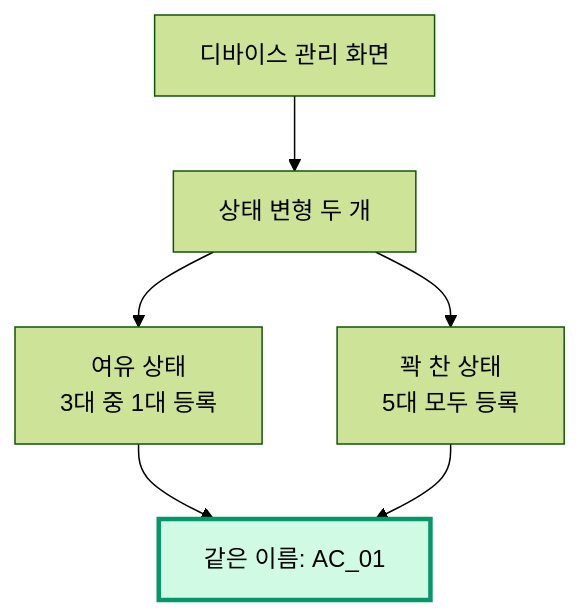
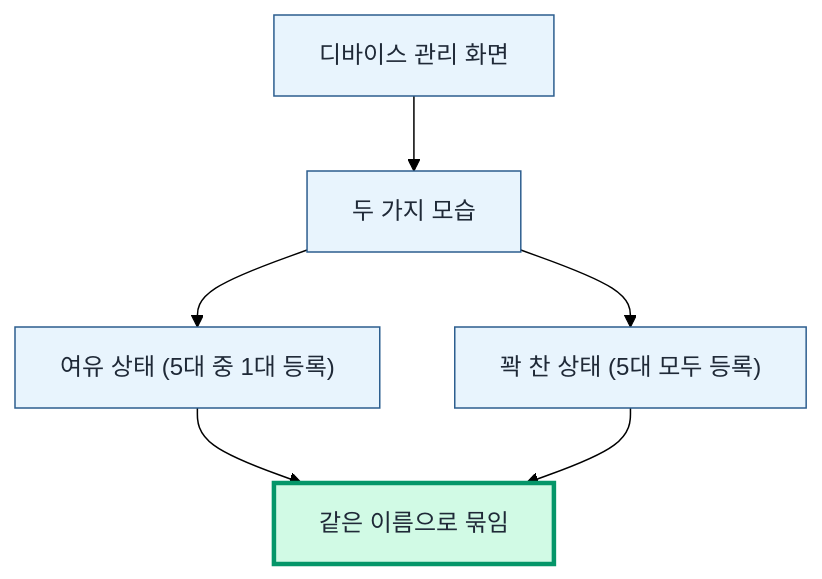
The second of 7 diagrams in content/diary/c/1.md (linisia/eric-company), drawn with Mermaid (forest theme) before and after one commit. The commit also changed other lines of this file and 1 other file, not shown here.

````diff
--- a/content/diary/c/1.md
+++ b/content/diary/c/1.md
@@ -56,9 +56,13 @@
 ```mermaid
 flowchart TD
-    A[디바이스 관리 화면] --> B[상태 변형 두 개]
-    B --> C[여유 상태<br/>3대 중 1대 등록]
-    B --> D[꽉 찬 상태<br/>5대 모두 등록]
-    C --> E[같은 이름: AC_01]
+    A["디바이스 관리 화면"] --> B["두 가지 모습"]
+    B --> C["여유 상태 (5대 중 1대 등록)"]
+    B --> D["꽉 찬 상태 (5대 모두 등록)"]
+    C --> E["같은 이름으로 묶임"]
     D --> E
-    style E fill:#d1fae5,stroke:#059669,stroke-width:3px
+    style A fill:#e8f4fd,stroke:#2c5e8f,color:#1f2937
+    style B fill:#e8f4fd,stroke:#2c5e8f,color:#1f2937
+    style C fill:#e8f4fd,stroke:#2c5e8f,color:#1f2937
+    style D fill:#e8f4fd,stroke:#2c5e8f,color:#1f2937
+    style E fill:#d1fae5,stroke:#059669,stroke-width:3px,color:#1f2937
 ```
````
